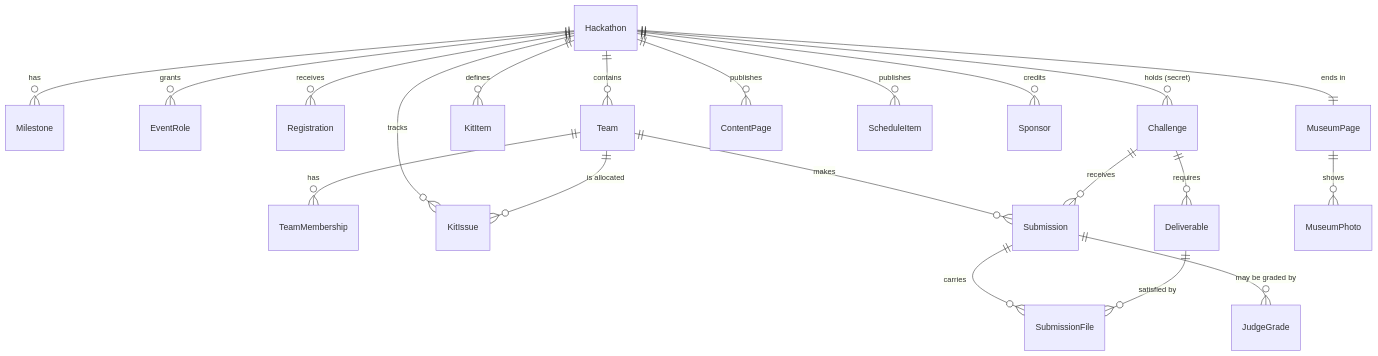
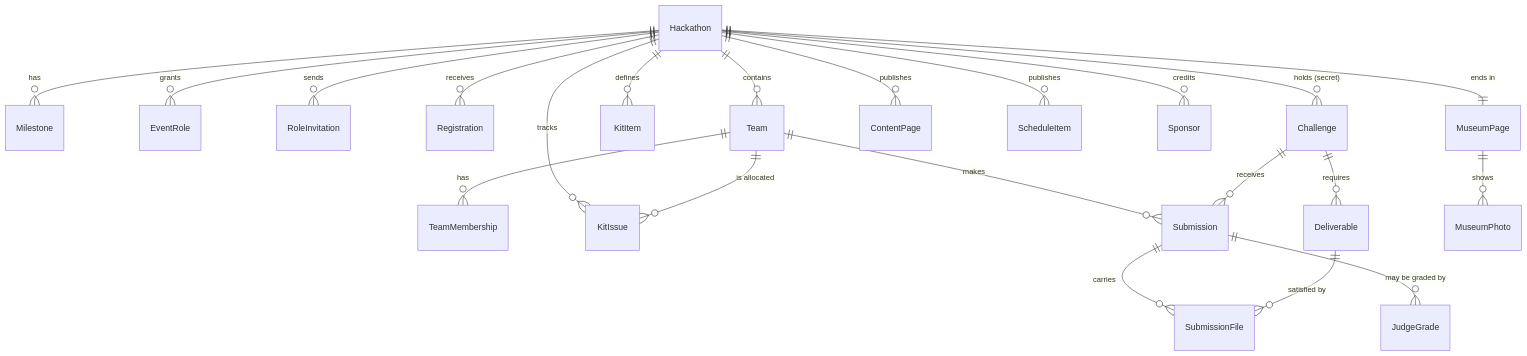
Before and after one commit to avisalmon/Render: the first of 2 diagrams in docs/crashtech/data_model.md, drawn with Mermaid. The commit also changed other lines of this file and 1 other file, not shown here.

````diff
--- a/docs/crashtech/data_model.md
+++ b/docs/crashtech/data_model.md
@@ -20,25 +20,26 @@
 ```mermaid
 erDiagram
     Hackathon ||--o{ Milestone : "has"
     Hackathon ||--o{ EventRole : "grants"
+    Hackathon ||--o{ RoleInvitation : "sends"
     Hackathon ||--o{ Registration : "receives"
     Hackathon ||--o{ Team : "contains"
     Team ||--o{ TeamMembership : "has"
     Hackathon ||--o{ KitItem : "defines"
     Hackathon ||--o{ KitIssue : "tracks"
     Hackathon ||--o{ Challenge : "holds (secret)"
     Hackathon ||--o{ ContentPage : "publishes"
     Hackathon ||--o{ ScheduleItem : "publishes"
     Hackathon ||--o{ Sponsor : "credits"
     Hackathon ||--|| MuseumPage : "ends in"
 
     Team ||--o{ Submission : "makes"
     Team ||--o{ KitIssue : "is allocated"
     Challenge ||--o{ Deliverable : "requires"
     Challenge ||--o{ Submission : "receives"
     Submission ||--o{ SubmissionFile : "carries"
     Submission ||--o{ JudgeGrade : "may be graded by"
     Deliverable ||--o{ SubmissionFile : "satisfied by"
 
     MuseumPage ||--o{ MuseumPhoto : "shows"
 ```
````
